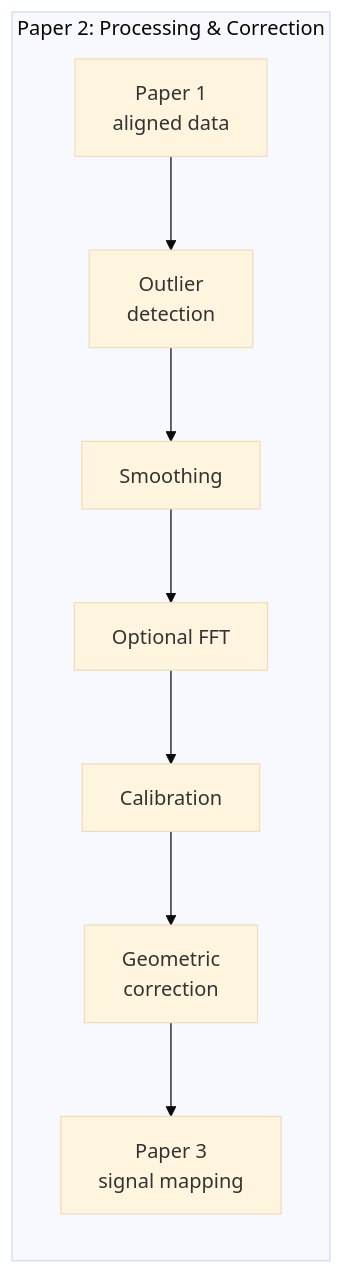
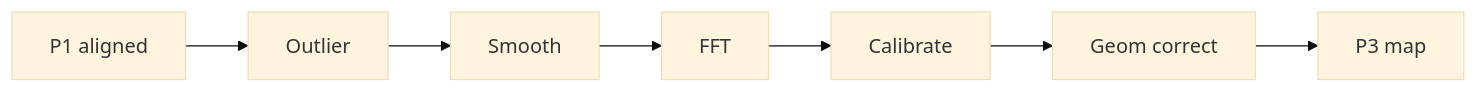
The second of 3 diagrams in README.md (kanhaiya-gupta/AM-QADF-Research-Output), drawn with Mermaid (base theme) before and after one commit. The commit also changed other lines of this file, not shown here.

````diff
--- a/README.md
+++ b/README.md
@@ -99,13 +89,4 @@
 ```mermaid
 flowchart LR
-    subgraph P2["Paper 2: Processing & Correction"]
-        A["Paper 1<br/>aligned data"]
-        B["Outlier<br/>detection"]
-        C["Smoothing"]
-        D["Optional FFT"]
-        E["Calibration"]
-        F["Geometric<br/>correction"]
-        G["Paper 3<br/>signal mapping"]
-        A --> B --> C --> D --> E --> F --> G
-    end
+    A[P1 aligned] --> B[Outlier] --> C[Smooth] --> D[FFT] --> E[Calibrate] --> F[Geom correct] --> G[P3 map]
 ```
````
